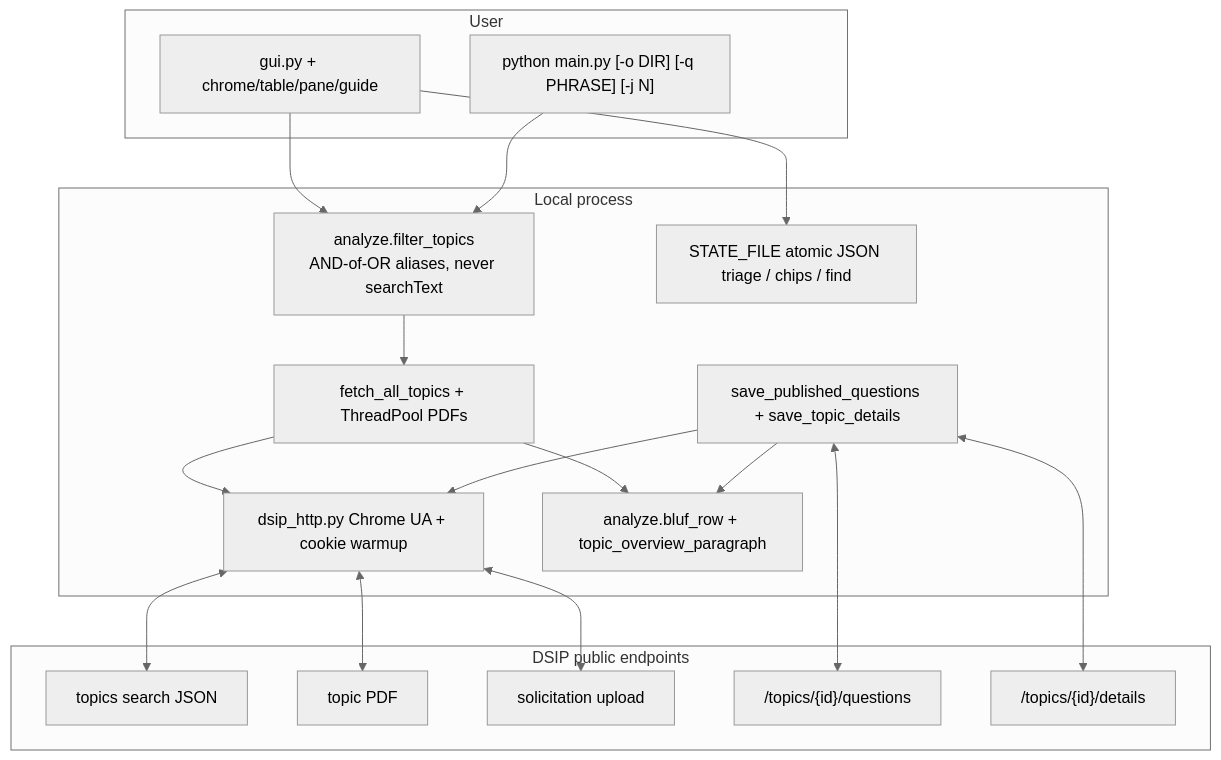
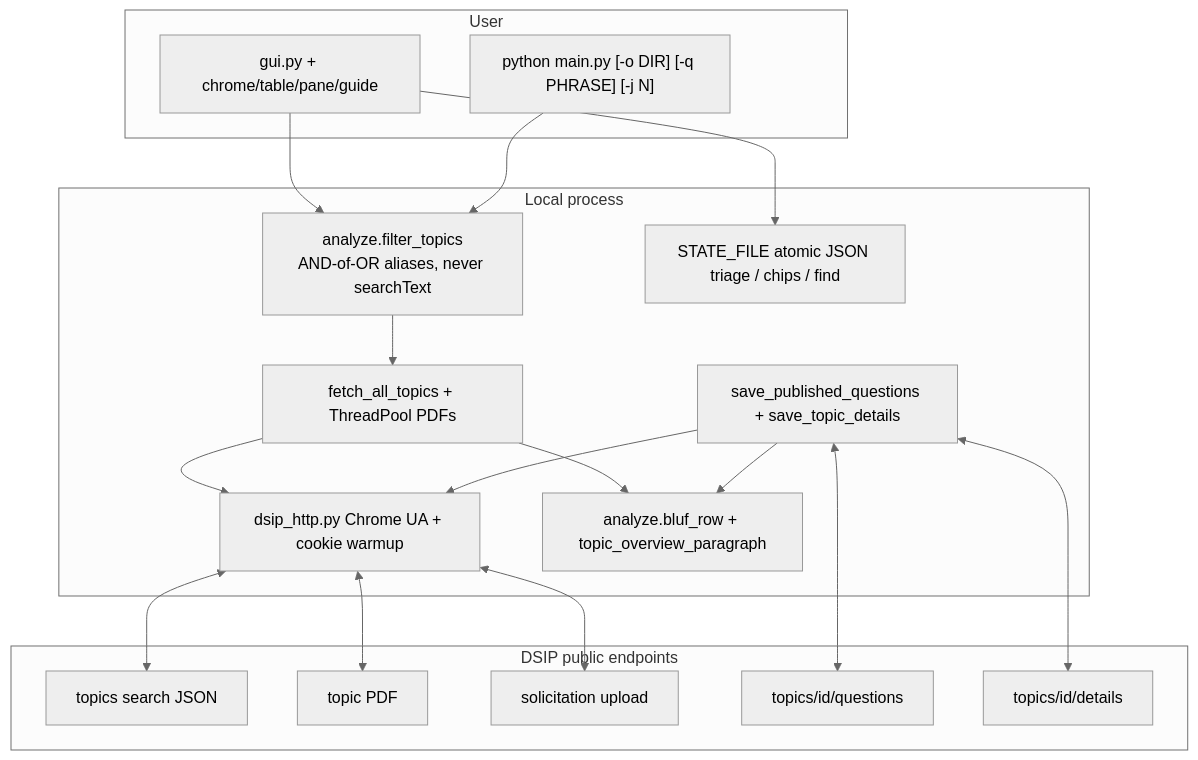
Before and after one commit to gzdor/Gov-SBIR-Opportunities-Puller-Evaluator: the first of 3 diagrams in CURRENT_ARCHITECTURE_README.md, drawn with Mermaid (neutral theme). The commit also changed other lines of this file and 11 other files, not shown here.

Commit message:
Show what is new versus the last snapshot, when a topic was released, and keep the architecture diagrams rendering on GitHub.

````diff
--- a/CURRENT_ARCHITECTURE_README.md
+++ b/CURRENT_ARCHITECTURE_README.md
@@ -34,38 +34,38 @@
 ```mermaid
 flowchart TB
     subgraph user[User]
         GUI["gui.py + chrome/table/pane/guide"]
         CLI["python main.py [-o DIR] [-q PHRASE] [-j N]"]
     end
 
     subgraph app[Local process]
         FILTER["analyze.filter_topics<br/>AND-of-OR aliases, never searchText"]
         HTTP["dsip_http.py Chrome UA + cookie warmup"]
         FETCH["fetch_all_topics + ThreadPool PDFs"]
         EXTRA["save_published_questions + save_topic_details"]
         BLUF["analyze.bluf_row + topic_overview_paragraph"]
         STATE["STATE_FILE atomic JSON triage / chips / find"]
     end
 
     subgraph dsip[DSIP public endpoints]
         SEARCH["topics search JSON"]
         TPDF["topic PDF"]
         UPLOAD["solicitation upload"]
-        QA["/topics/{id}/questions"]
-        DET["/topics/{id}/details"]
+        QA["topics/id/questions"]
+        DET["topics/id/details"]
     end
 
     GUI --> FILTER
     CLI --> FILTER
     FILTER --> FETCH
     FETCH --> HTTP
     HTTP <--> SEARCH
     HTTP <--> TPDF
     HTTP <--> UPLOAD
     EXTRA --> HTTP
     EXTRA <--> QA
     EXTRA <--> DET
     FETCH --> BLUF
     EXTRA --> BLUF
     GUI --> STATE
 ```
````
